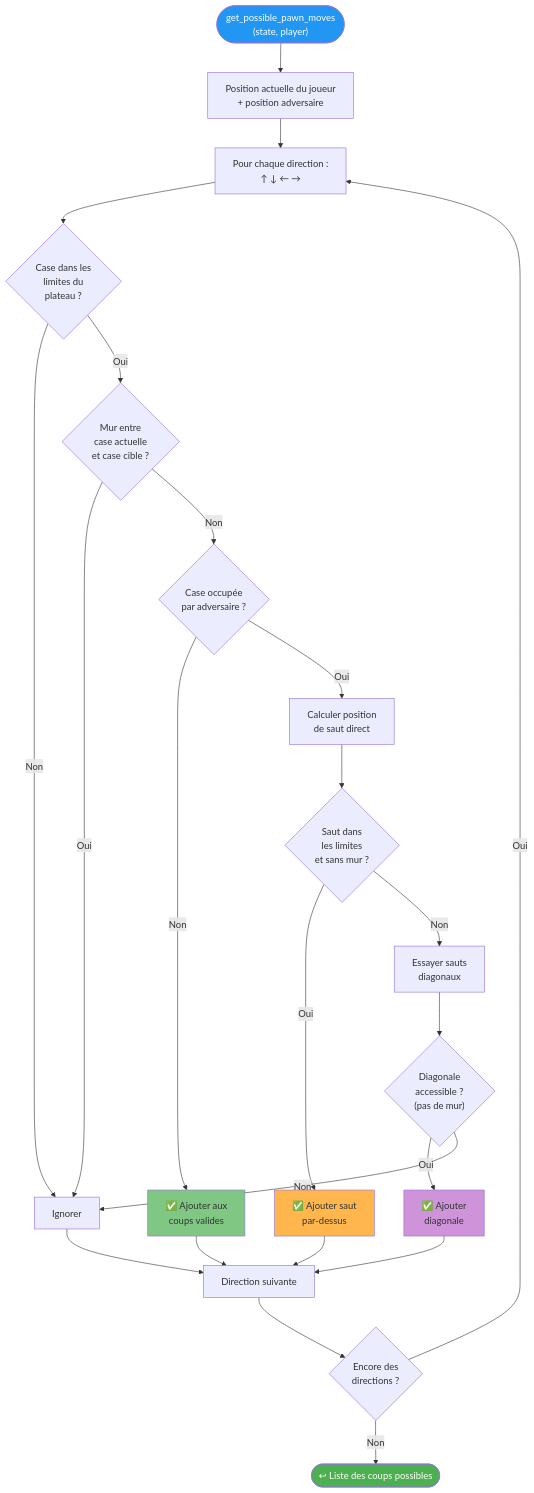
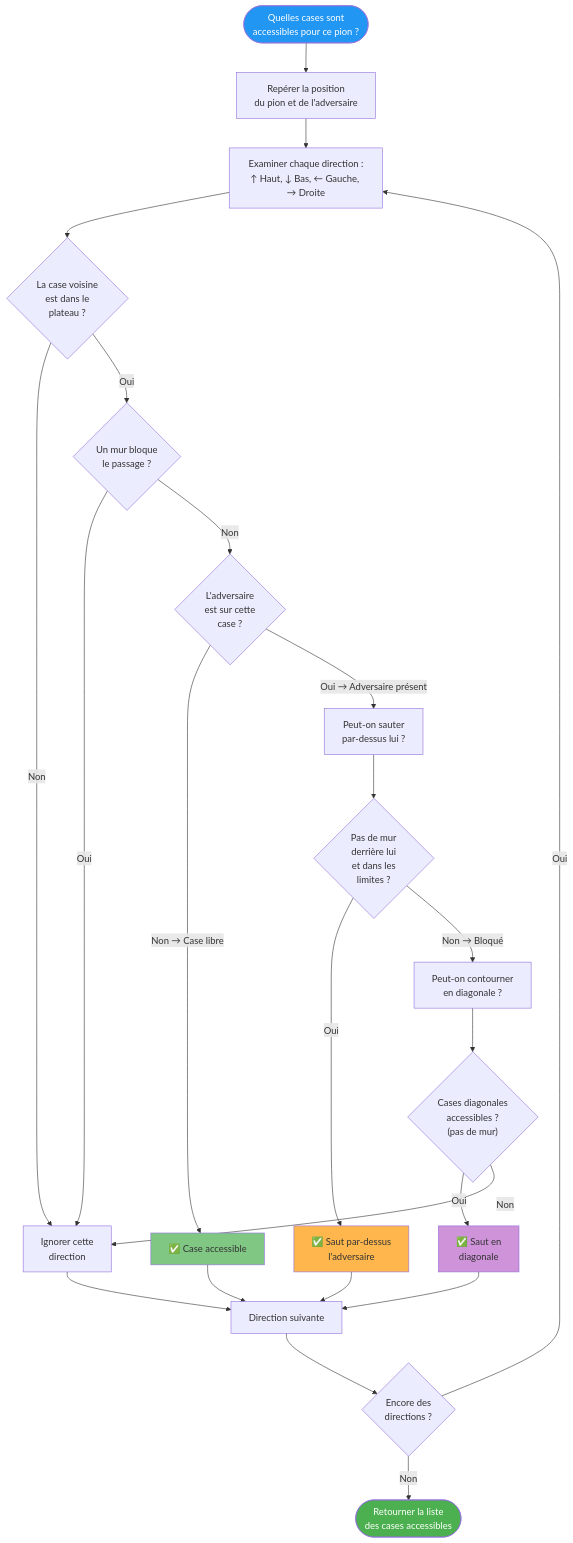
The third of 5 diagrams in flowcharts/03_logique_jeu.md (Silou1/Projet_mecatronique_I3), drawn with Mermaid before and after one commit. The commit also changed other lines of this file and 3 other files, not shown here.

Commit message:
docs: simplify flowcharts with plain-language descriptions

````diff
--- a/flowcharts/03_logique_jeu.md
+++ b/flowcharts/03_logique_jeu.md
@@ -58,37 +58,37 @@
 ```mermaid
 flowchart TD
-    START(["get_possible_pawn_moves<br/>(state, player)"]) --> POS["Position actuelle du joueur<br/>+ position adversaire"]
+    START(["Quelles cases sont<br/>accessibles pour ce pion ?"]) --> POS["Repérer la position<br/>du pion et de l'adversaire"]
 
-    POS --> DIR["Pour chaque direction :<br/>↑ ↓ ← →"]
-    DIR --> BOUNDS{"Case dans les<br/>limites du<br/>plateau ?"}
-    BOUNDS -->|Non| SKIP["Ignorer"]
-    BOUNDS -->|Oui| WALL_CHECK{"Mur entre<br/>case actuelle<br/>et case cible ?"}
+    POS --> DIR["Examiner chaque direction :<br/>↑ Haut, ↓ Bas, ← Gauche, → Droite"]
+    DIR --> BOUNDS{"La case voisine<br/>est dans le<br/>plateau ?"}
+    BOUNDS -->|Non| SKIP["Ignorer cette<br/>direction"]
+    BOUNDS -->|Oui| WALL_CHECK{"Un mur bloque<br/>le passage ?"}
     WALL_CHECK -->|Oui| SKIP
-    WALL_CHECK -->|Non| OCC{"Case occupée<br/>par adversaire ?"}
+    WALL_CHECK -->|Non| OCC{"L'adversaire<br/>est sur cette<br/>case ?"}
 
-    OCC -->|Non| ADD["✅ Ajouter aux<br/>coups valides"]
+    OCC -->|"Non → Case libre"| ADD["✅ Case accessible"]
 
-    OCC -->|Oui| JUMP_CALC["Calculer position<br/>de saut direct"]
-    JUMP_CALC --> JUMP_OK{"Saut dans<br/>les limites<br/>et sans mur ?"}
-    JUMP_OK -->|Oui| ADD_JUMP["✅ Ajouter saut<br/>par-dessus"]
-    JUMP_OK -->|Non| DIAG["Essayer sauts<br/>diagonaux"]
+    OCC -->|"Oui → Adversaire présent"| JUMP_CALC["Peut-on sauter<br/>par-dessus lui ?"]
+    JUMP_CALC --> JUMP_OK{"Pas de mur<br/>derrière lui<br/>et dans les<br/>limites ?"}
+    JUMP_OK -->|Oui| ADD_JUMP["✅ Saut par-dessus<br/>l'adversaire"]
+    JUMP_OK -->|"Non → Bloqué"| DIAG["Peut-on contourner<br/>en diagonale ?"]
 
-    DIAG --> DIAG_CHECK{"Diagonale<br/>accessible ?<br/>(pas de mur)"}
-    DIAG_CHECK -->|Oui| ADD_DIAG["✅ Ajouter<br/>diagonale"]
+    DIAG --> DIAG_CHECK{"Cases diagonales<br/>accessibles ?<br/>(pas de mur)"}
+    DIAG_CHECK -->|Oui| ADD_DIAG["✅ Saut en<br/>diagonale"]
     DIAG_CHECK -->|Non| SKIP
 
     ADD --> NEXT["Direction suivante"]
     ADD_JUMP --> NEXT
     ADD_DIAG --> NEXT
     SKIP --> NEXT
 
     NEXT --> MORE{"Encore des<br/>directions ?"}
     MORE -->|Oui| DIR
-    MORE -->|Non| RETURN(["↩ Liste des coups possibles"])
+    MORE -->|Non| RETURN(["Retourner la liste<br/>des cases accessibles"])
 
     style START fill:#2196F3,color:#fff
     style RETURN fill:#4CAF50,color:#fff
     style ADD fill:#81C784
     style ADD_JUMP fill:#FFB74D
     style ADD_DIAG fill:#CE93D8
 ```
````
